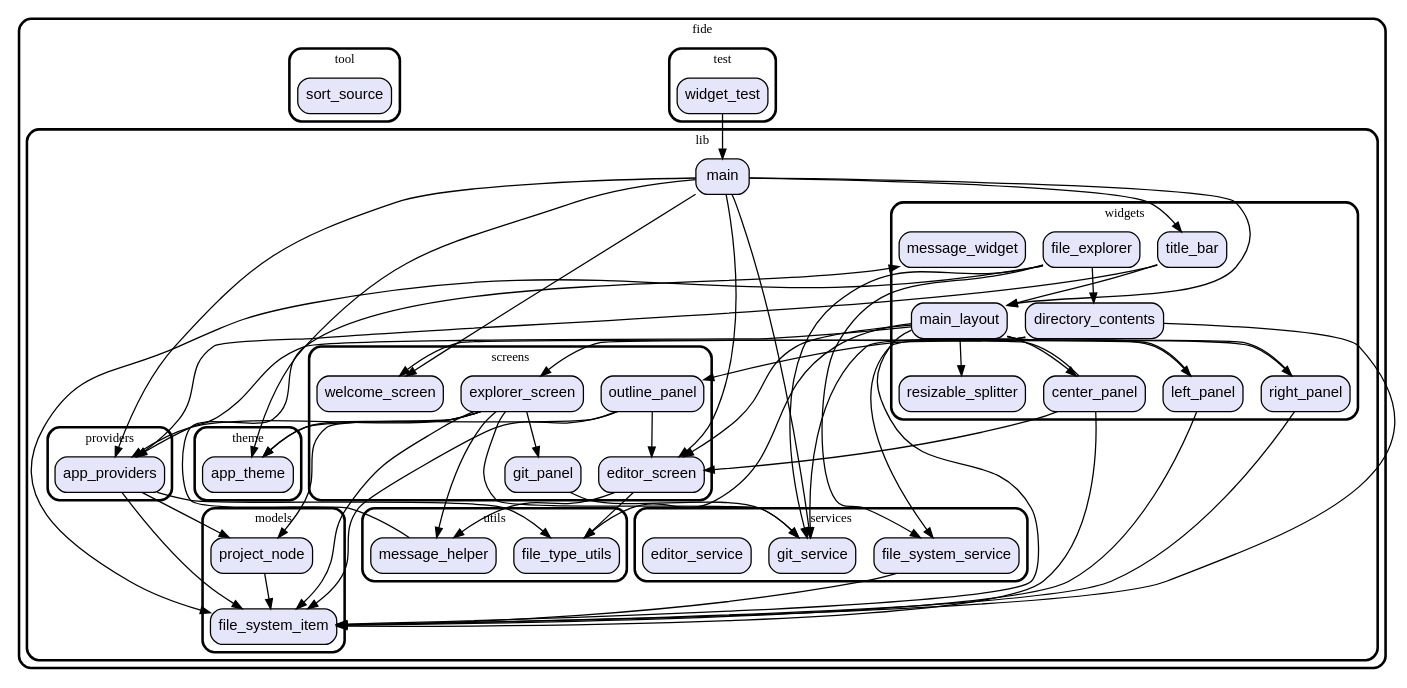
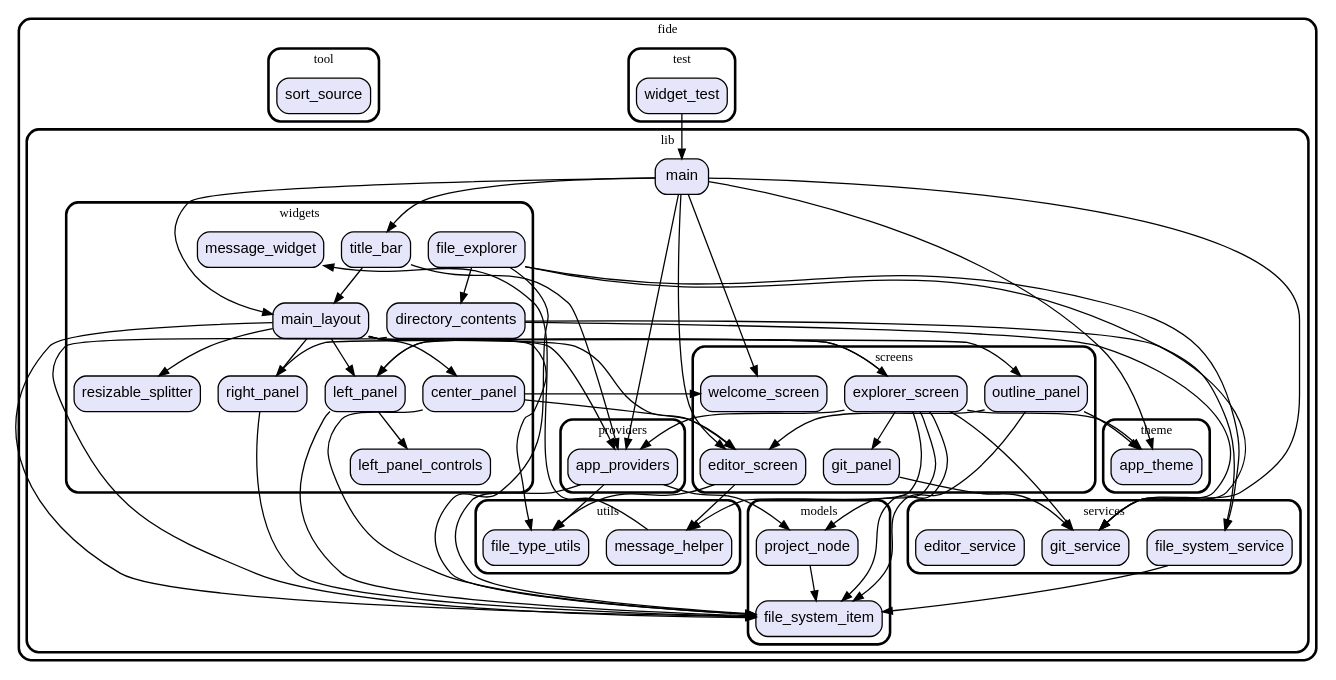
One commit to vteam-com/FIDE changed the diagram in graph.dot. Above: the diagram before and after it, drawn with Graphviz. The commit also changed 4 other files, not shown here.

```diff
--- a/graph.dot
+++ b/graph.dot
@@ -1,141 +1,145 @@
 digraph "" {
   graph [style=rounded fontname="Arial Black" fontsize=13 penwidth=2.6];
   node [shape=rect style="filled,rounded" fontname=Arial fontsize=15 fillcolor=Lavender penwidth=1.3];
   edge [penwidth=1.3];
   "/test/widget_test.dart" [label="widget_test"];
   "/lib/providers/app_providers.dart" [label="app_providers"];
   "/lib/utils/message_helper.dart" [label="message_helper"];
   "/lib/utils/file_type_utils.dart" [label="file_type_utils"];
   "/lib/models/project_node.dart" [label="project_node"];
   "/lib/models/file_system_item.dart" [label="file_system_item"];
   "/lib/screens/git_panel.dart" [label="git_panel"];
   "/lib/screens/explorer_screen.dart" [label="explorer_screen"];
   "/lib/screens/outline_panel.dart" [label="outline_panel"];
   "/lib/screens/editor_screen.dart" [label="editor_screen"];
   "/lib/screens/welcome_screen.dart" [label="welcome_screen"];
   "/lib/main.dart" [label="main"];
   "/lib/theme/app_theme.dart" [label="app_theme"];
   "/lib/services/git_service.dart" [label="git_service"];
   "/lib/services/file_system_service.dart" [label="file_system_service"];
   "/lib/services/editor_service.dart" [label="editor_service"];
+  "/lib/widgets/left_panel_controls.dart" [label="left_panel_controls"];
   "/lib/widgets/resizable_splitter.dart" [label="resizable_splitter"];
   "/lib/widgets/directory_contents.dart" [label="directory_contents"];
   "/lib/widgets/title_bar.dart" [label="title_bar"];
   "/lib/widgets/main_layout.dart" [label="main_layout"];
   "/lib/widgets/file_explorer.dart" [label="file_explorer"];
   "/lib/widgets/message_widget.dart" [label="message_widget"];
   "/lib/widgets/left_panel.dart" [label="left_panel"];
   "/lib/widgets/center_panel.dart" [label="center_panel"];
   "/lib/widgets/right_panel.dart" [label="right_panel"];
   "/tool/sort_source.dart" [label="sort_source"];
   subgraph "cluster~" {
     label="fide";
     subgraph "cluster~/test" {
       label="test";
       "/test/widget_test.dart";
     }
     subgraph "cluster~/lib" {
       label="lib";
       "/lib/main.dart";
       subgraph "cluster~/lib/providers" {
         label="providers";
         "/lib/providers/app_providers.dart";
       }
       subgraph "cluster~/lib/utils" {
         label="utils";
         "/lib/utils/message_helper.dart";
         "/lib/utils/file_type_utils.dart";
       }
       subgraph "cluster~/lib/models" {
         label="models";
         "/lib/models/project_node.dart";
         "/lib/models/file_system_item.dart";
       }
       subgraph "cluster~/lib/screens" {
         label="screens";
         "/lib/screens/git_panel.dart";
         "/lib/screens/explorer_screen.dart";
         "/lib/screens/outline_panel.dart";
         "/lib/screens/editor_screen.dart";
         "/lib/screens/welcome_screen.dart";
       }
       subgraph "cluster~/lib/theme" {
         label="theme";
         "/lib/theme/app_theme.dart";
       }
       subgraph "cluster~/lib/services" {
         label="services";
         "/lib/services/git_service.dart";
         "/lib/services/file_system_service.dart";
         "/lib/services/editor_service.dart";
       }
       subgraph "cluster~/lib/widgets" {
         label="widgets";
+        "/lib/widgets/left_panel_controls.dart";
         "/lib/widgets/resizable_splitter.dart";
         "/lib/widgets/directory_contents.dart";
         "/lib/widgets/title_bar.dart";
         "/lib/widgets/main_layout.dart";
         "/lib/widgets/file_explorer.dart";
         "/lib/widgets/message_widget.dart";
         "/lib/widgets/left_panel.dart";
         "/lib/widgets/center_panel.dart";
         "/lib/widgets/right_panel.dart";
       }
     }
     subgraph "cluster~/tool" {
       label="tool";
       "/tool/sort_source.dart";
     }
   }
   "/test/widget_test.dart" -> "/lib/main.dart";
   "/lib/providers/app_providers.dart" -> "/lib/models/file_system_item.dart";
   "/lib/providers/app_providers.dart" -> "/lib/models/project_node.dart";
   "/lib/providers/app_providers.dart" -> "/lib/utils/file_type_utils.dart";
   "/lib/utils/message_helper.dart" -> "/lib/widgets/message_widget.dart";
   "/lib/models/project_node.dart" -> "/lib/models/file_system_item.dart";
   "/lib/screens/git_panel.dart" -> "/lib/services/git_service.dart";
   "/lib/screens/explorer_screen.dart" -> "/lib/models/project_node.dart";
   "/lib/screens/explorer_screen.dart" -> "/lib/models/file_system_item.dart";
   "/lib/screens/explorer_screen.dart" -> "/lib/services/git_service.dart";
   "/lib/screens/explorer_screen.dart" -> "/lib/utils/message_helper.dart";
   "/lib/screens/explorer_screen.dart" -> "/lib/screens/git_panel.dart";
   "/lib/screens/explorer_screen.dart" -> "/lib/theme/app_theme.dart";
+  "/lib/screens/explorer_screen.dart" -> "/lib/widgets/left_panel.dart";
   "/lib/screens/explorer_screen.dart" -> "/lib/providers/app_providers.dart";
   "/lib/screens/outline_panel.dart" -> "/lib/theme/app_theme.dart";
   "/lib/screens/outline_panel.dart" -> "/lib/models/file_system_item.dart";
   "/lib/screens/outline_panel.dart" -> "/lib/screens/editor_screen.dart";
   "/lib/screens/editor_screen.dart" -> "/lib/utils/message_helper.dart";
   "/lib/screens/editor_screen.dart" -> "/lib/utils/file_type_utils.dart";
   "/lib/main.dart" -> "/lib/providers/app_providers.dart";
   "/lib/main.dart" -> "/lib/widgets/main_layout.dart";
   "/lib/main.dart" -> "/lib/widgets/title_bar.dart";
   "/lib/main.dart" -> "/lib/screens/editor_screen.dart";
   "/lib/main.dart" -> "/lib/screens/welcome_screen.dart";
   "/lib/main.dart" -> "/lib/services/git_service.dart";
   "/lib/main.dart" -> "/lib/theme/app_theme.dart";
   "/lib/services/file_system_service.dart" -> "/lib/models/file_system_item.dart";
   "/lib/widgets/directory_contents.dart" -> "/lib/services/file_system_service.dart";
   "/lib/widgets/directory_contents.dart" -> "/lib/services/git_service.dart";
   "/lib/widgets/directory_contents.dart" -> "/lib/models/file_system_item.dart";
   "/lib/widgets/title_bar.dart" -> "/lib/providers/app_providers.dart";
   "/lib/widgets/title_bar.dart" -> "/lib/widgets/main_layout.dart";
   "/lib/widgets/main_layout.dart" -> "/lib/screens/editor_screen.dart";
   "/lib/widgets/main_layout.dart" -> "/lib/providers/app_providers.dart";
   "/lib/widgets/main_layout.dart" -> "/lib/models/file_system_item.dart";
   "/lib/widgets/main_layout.dart" -> "/lib/utils/file_type_utils.dart";
   "/lib/widgets/main_layout.dart" -> "/lib/widgets/resizable_splitter.dart";
   "/lib/widgets/main_layout.dart" -> "/lib/widgets/left_panel.dart";
   "/lib/widgets/main_layout.dart" -> "/lib/widgets/center_panel.dart";
   "/lib/widgets/main_layout.dart" -> "/lib/widgets/right_panel.dart";
   "/lib/widgets/file_explorer.dart" -> "/lib/services/file_system_service.dart";
   "/lib/widgets/file_explorer.dart" -> "/lib/services/git_service.dart";
   "/lib/widgets/file_explorer.dart" -> "/lib/models/file_system_item.dart";
   "/lib/widgets/file_explorer.dart" -> "/lib/widgets/directory_contents.dart";
   "/lib/widgets/left_panel.dart" -> "/lib/screens/explorer_screen.dart";
+  "/lib/widgets/left_panel.dart" -> "/lib/widgets/left_panel_controls.dart";
   "/lib/widgets/left_panel.dart" -> "/lib/models/file_system_item.dart";
   "/lib/widgets/center_panel.dart" -> "/lib/screens/welcome_screen.dart";
   "/lib/widgets/center_panel.dart" -> "/lib/screens/editor_screen.dart";
   "/lib/widgets/center_panel.dart" -> "/lib/models/file_system_item.dart";
   "/lib/widgets/right_panel.dart" -> "/lib/screens/outline_panel.dart";
   "/lib/widgets/right_panel.dart" -> "/lib/models/file_system_item.dart";
 }
```
